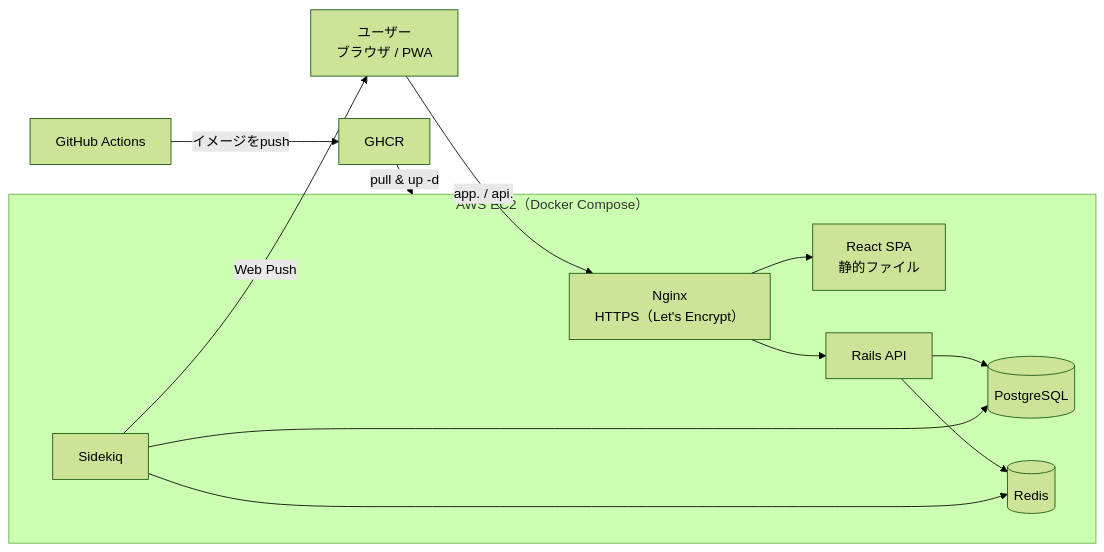
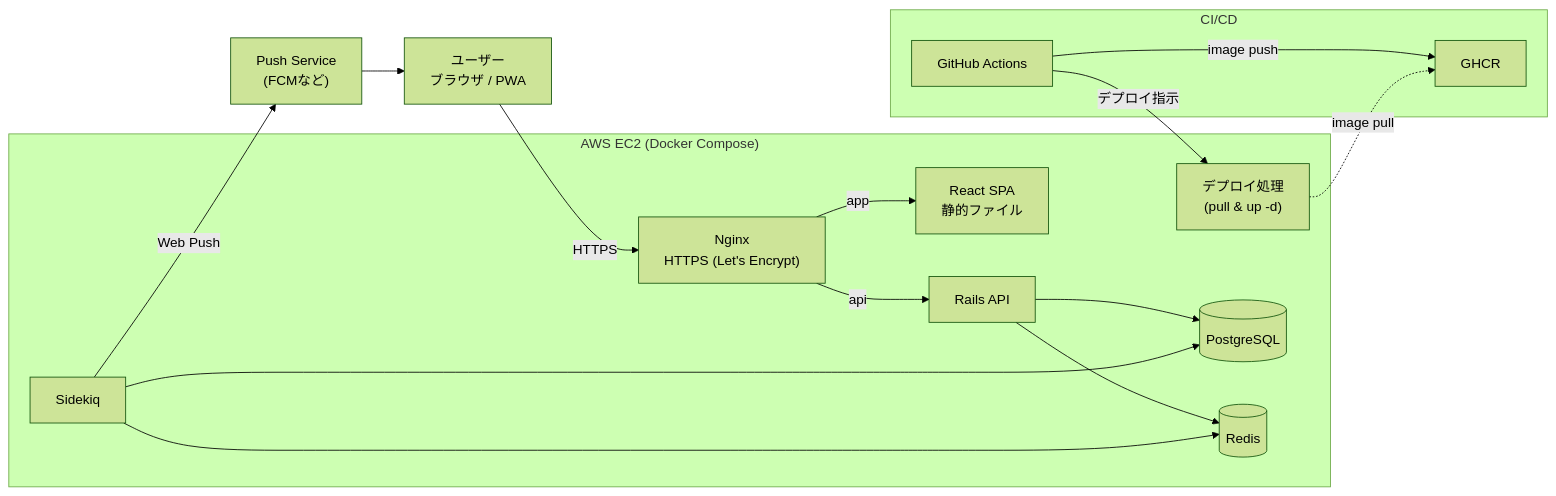
One commit to takaQ-hash/Unstuck-app-v2 changed the diagram in README.md. Above: the diagram before and after it, drawn with Mermaid (forest theme).

Commit message:
fix: 5-1. 構成図を修正

````diff
--- a/README.md
+++ b/README.md
@@ -148,25 +148,34 @@
 ```mermaid
 flowchart LR
     User["ユーザー<br/>ブラウザ / PWA"]
+    Push["Push Service<br/>(FCMなど)"]
 
-    subgraph EC2["AWS EC2（Docker Compose）"]
-        Nginx["Nginx<br/>HTTPS（Let's Encrypt）"]
-        FE["React SPA<br/>静的ファイル"]
+    subgraph CICD["CI/CD"]
+        GHA["GitHub Actions"]
+        GHCR["GHCR"]
+    end
+
+    subgraph EC2["AWS EC2 (Docker Compose)"]
+        Deploy["デプロイ処理<br/>(pull & up -d)"]
+        Nginx["Nginx<br/>HTTPS (Let's Encrypt)"]
+        SPA["React SPA<br/>静的ファイル"]
         API["Rails API"]
         Worker["Sidekiq"]
         DB[("PostgreSQL")]
         Redis[("Redis")]
-        Nginx --> FE
-        Nginx --> API
-        API --> DB
-        API --> Redis
-        Worker --> Redis
-        Worker --> DB
     end
 
-    User -->|"app. / api."| Nginx
-    Worker -->|"Web Push"| User
+    User -->|HTTPS| Nginx
+    Nginx -->|app| SPA
+    Nginx -->|api| API
+    API --> DB
+    API --> Redis
+    Worker --> DB
+    Worker --> Redis
+    Worker -->|Web Push| Push
+    Push --> User
 
-    GA["GitHub Actions"] -->|"イメージをpush"| GHCR["GHCR"]
-    GHCR -->|"pull & up -d"| EC2
+    GHA -->|image push| GHCR
+    GHA -->|デプロイ指示| Deploy
+    Deploy -.->|image pull| GHCR
 ```
````
